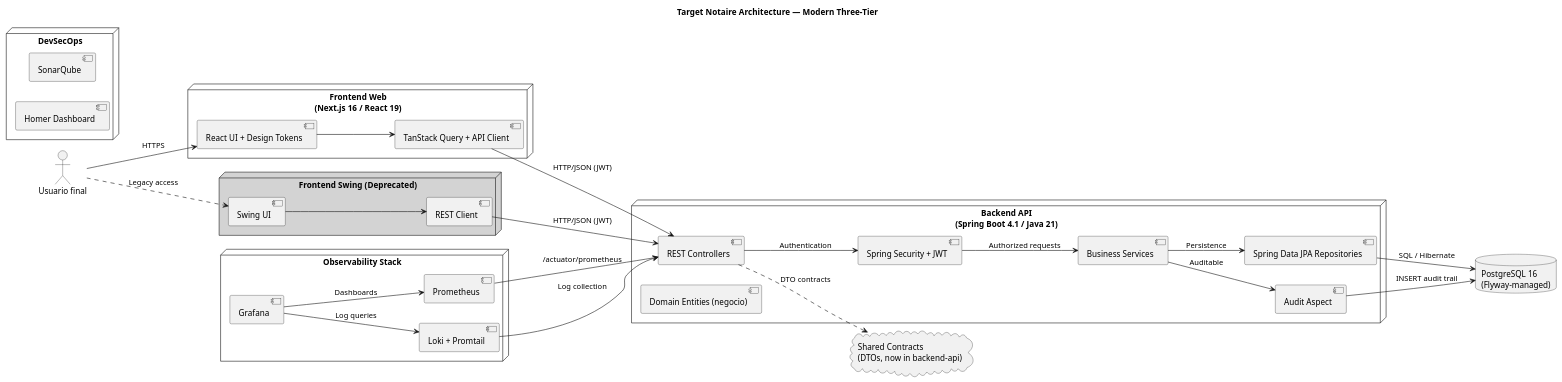
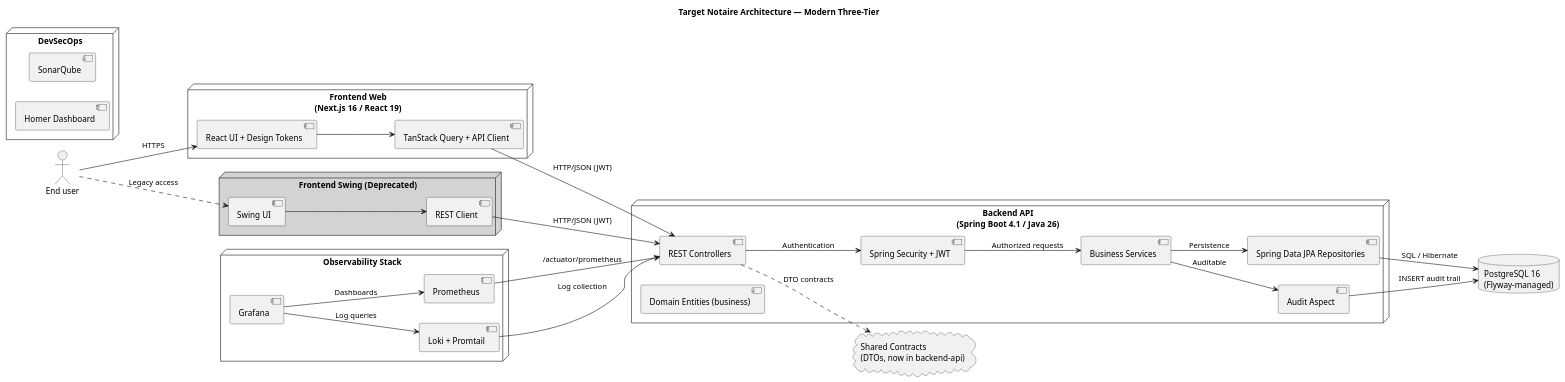
The diagram in docs/200-architecture/204-diagrams/architecture-target.puml (matiaspakua/notaire), drawn with PlantUML before and after one commit. The commit also changed 52 other files, not shown here.

```diff
--- a/docs/200-architecture/204-diagrams/architecture-target.puml
+++ b/docs/200-architecture/204-diagrams/architecture-target.puml
@@ -1,61 +1,61 @@
 @startuml
 title Target Notaire Architecture — Modern Three-Tier
 left to right direction
 
-actor "Usuario final" as User
+actor "End user" as User
 
 node "Frontend Web\n(Next.js 16 / React 19)" {
   [React UI + Design Tokens] as WebUI
   [TanStack Query + API Client] as WebClient
 }
 
 node "Frontend Swing (Deprecated)" #LightGray {
   [Swing UI] as SwingUI
   [REST Client] as SwingClient
 }
 
-node "Backend API\n(Spring Boot 4.1 / Java 21)" {
+node "Backend API\n(Spring Boot 4.1 / Java 26)" {
   [REST Controllers] as API
   [Spring Security + JWT] as Sec
   [Business Services] as Svc
   [Spring Data JPA Repositories] as Repo
-  [Domain Entities (negocio)] as Domain
+  [Domain Entities (business)] as Domain
   [Audit Aspect] as Audit
 }
 
 database "PostgreSQL 16\n(Flyway-managed)" as Postgres
 cloud "Shared Contracts\n(DTOs, now in backend-api)" as Shared
 
 node "Observability Stack" {
   [Prometheus] as Prom
   [Grafana] as Graf
   [Loki + Promtail] as Loki
 }
 
 node "DevSecOps" {
   [SonarQube] as Sonar
   [Homer Dashboard] as Homer
 }
 
 User --> WebUI : HTTPS
 WebUI --> WebClient
 WebClient --> API : HTTP/JSON (JWT)
 
 User ..> SwingUI : Legacy access
 SwingUI --> SwingClient
 SwingClient --> API : HTTP/JSON (JWT)
 
 API --> Sec : Authentication
 Sec --> Svc : Authorized requests
 Svc --> Repo : Persistence
 Repo --> Postgres : SQL / Hibernate
 Svc --> Audit : Auditable
 Audit --> Postgres : INSERT audit trail
 
 API ..> Shared : DTO contracts
 
 Prom --> API : /actuator/prometheus
 Loki --> API : Log collection
 Graf --> Prom : Dashboards
 Graf --> Loki : Log queries
 @enduml
```
